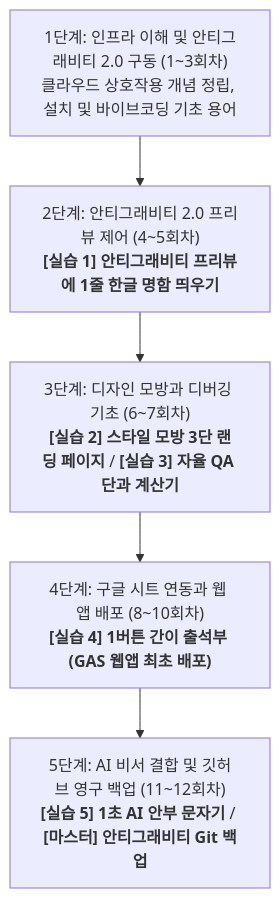
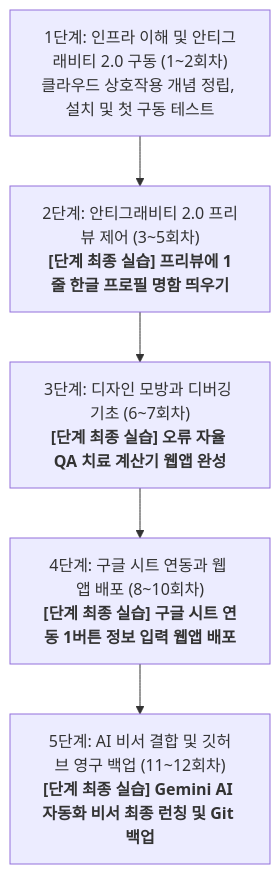
The diagram in AI_Education_Curriculum_12Weeks.md (AI-aca/AIEdu), drawn with Mermaid before and after one commit. The commit also changed other lines of this file, not shown here.

````diff
--- a/AI_Education_Curriculum_12Weeks.md
+++ b/AI_Education_Curriculum_12Weeks.md
@@ -14,7 +14,7 @@
 ```mermaid
 graph TD
-    A["1단계: 인프라 이해 및 안티그래비티 2.0 구동 (1~3회차)<br>클라우드 상호작용 개념 정립, 설치 및 바이브코딩 기초 용어"] --> B["2단계: 안티그래비티 2.0 프리뷰 제어 (4~5회차)<br><b>[실습 1] 안티그래비티 프리뷰에 1줄 한글 명함 띄우기</b>"]
-    B --> C["3단계: 디자인 모방과 디버깅 기초 (6~7회차)<br><b>[실습 2] 스타일 모방 3단 랜딩 페이지</b> / <b>[실습 3] 자율 QA 단과 계산기</b>"]
-    C --> D["4단계: 구글 시트 연동과 웹 앱 배포 (8~10회차)<br><b>[실습 4] 1버튼 간이 출석부 (GAS 웹앱 최초 배포)</b>"]
-    D --> E["5단계: AI 비서 결합 및 깃허브 영구 백업 (11~12회차)<br><b>[실습 5] 1초 AI 안부 문자기</b> / <b>[마스터] 안티그래비티 Git 백업</b>"]
+    A["1단계: 인프라 이해 및 안티그래비티 2.0 구동 (1~2회차)<br>클라우드 상호작용 개념 정립, 설치 및 첫 구동 테스트"] --> B["2단계: 안티그래비티 2.0 프리뷰 제어 (3~5회차)<br><b>[단계 최종 실습] 프리뷰에 1줄 한글 프로필 명함 띄우기</b>"]
+    B --> C["3단계: 디자인 모방과 디버깅 기초 (6~7회차)<br><b>[단계 최종 실습] 오류 자율 QA 치료 계산기 웹앱 완성</b>"]
+    C --> D["4단계: 구글 시트 연동과 웹 앱 배포 (8~10회차)<br><b>[단계 최종 실습] 구글 시트 연동 1버튼 정보 입력 웹앱 배포</b>"]
+    D --> E["5단계: AI 비서 결합 및 깃허브 영구 백업 (11~12회차)<br><b>[단계 최종 실습] Gemini AI 자동화 비서 최종 런칭 및 Git 백업</b>"]
 ```
````
